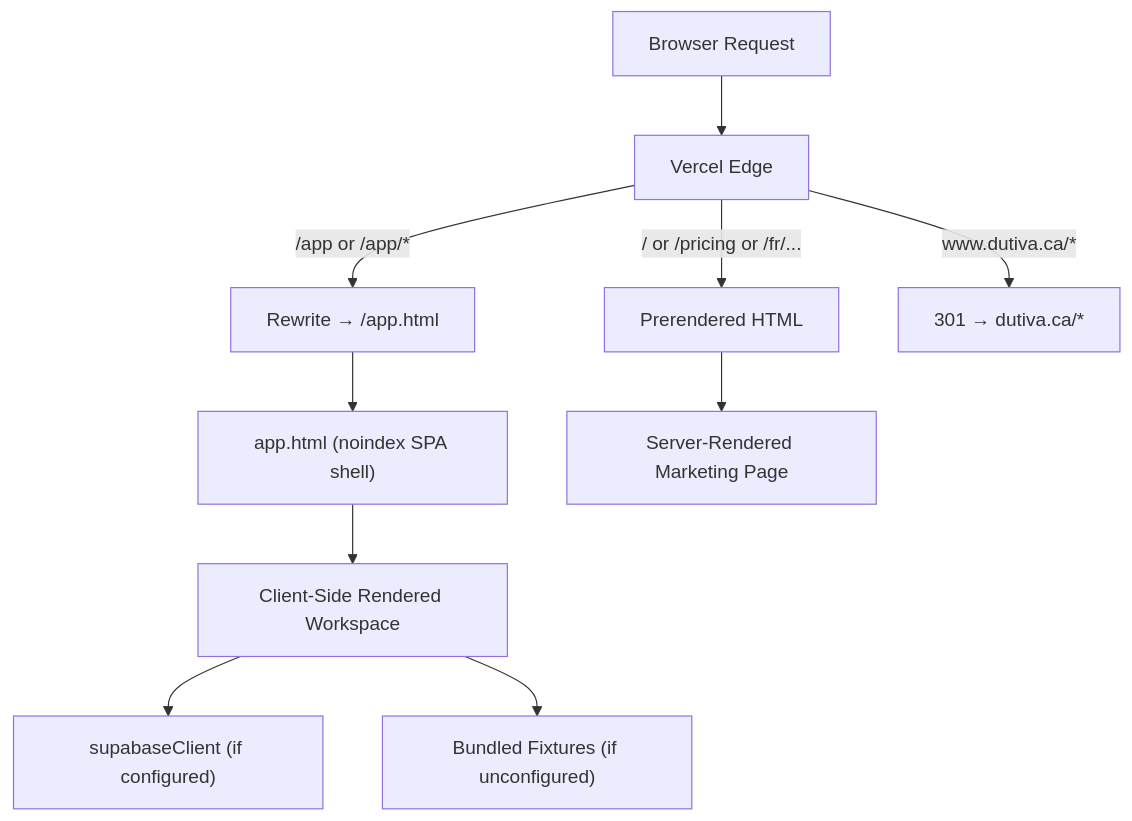
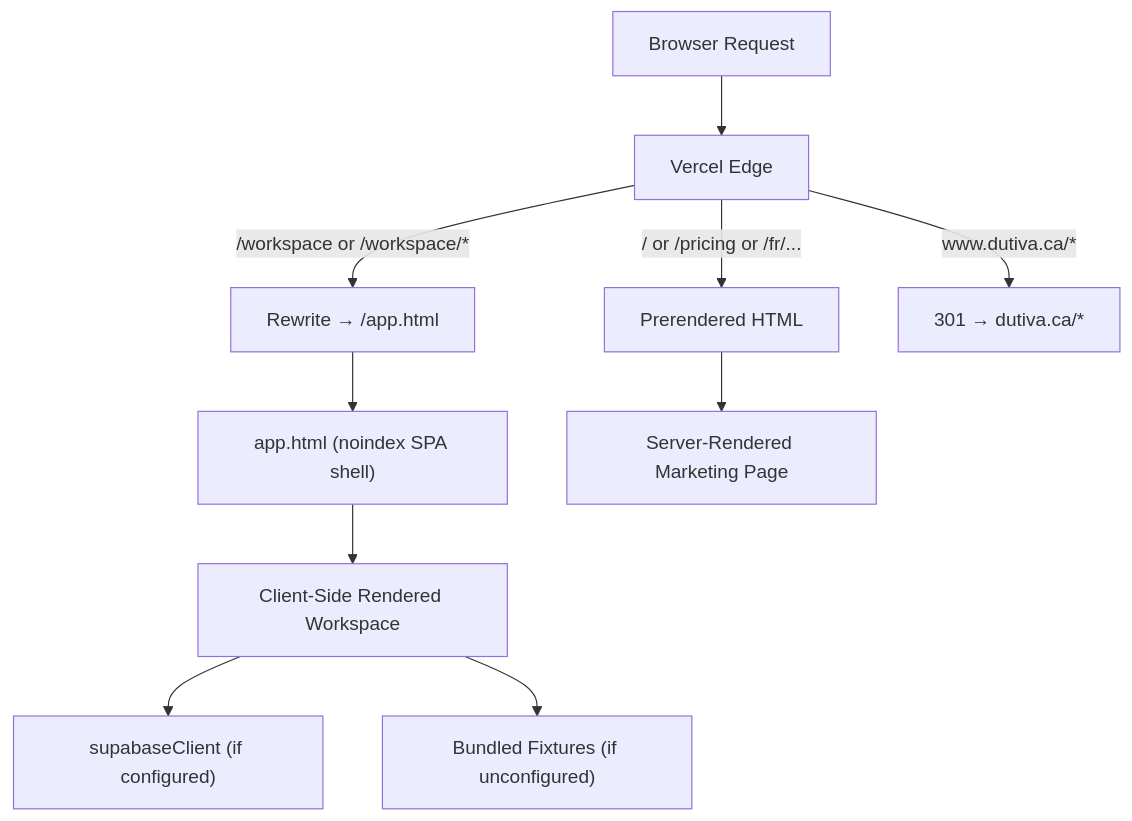
One commit to Dutiva-Canada/Dutiva_Web changed the fourth of 5 diagrams in docs/wiki/Getting-Started-Environment-Setup.md. Above: the diagram before and after it, drawn with Mermaid. The commit also changed other lines of this file and 107 other files, not shown here.

````diff
--- a/docs/wiki/Getting-Started-Environment-Setup.md
+++ b/docs/wiki/Getting-Started-Environment-Setup.md
@@ -455,17 +455,17 @@
 ```mermaid
 flowchart TD
     Browser["Browser Request"]
     Browser --> Vercel["Vercel Edge"]
 
-    Vercel -- "/app or /app/*" --> Rewrite["Rewrite → /app.html"]
+    Vercel -- "/workspace or /workspace/*" --> Rewrite["Rewrite → /app.html"]
     Rewrite --> AppShell["app.html (noindex SPA shell)"]
     AppShell --> CSR["Client-Side Rendered Workspace"]
 
     Vercel -- "/ or /pricing or /fr/..." --> Static["Prerendered HTML"]
     Static --> SSR["Server-Rendered Marketing Page"]
 
     Vercel -- "www.dutiva.ca/*" --> Redirect["301 → dutiva.ca/*"]
 
     CSR --> Supabase["supabaseClient (if configured)"]
     CSR --> Fixtures["Bundled Fixtures (if unconfigured)"]
 ```
````
